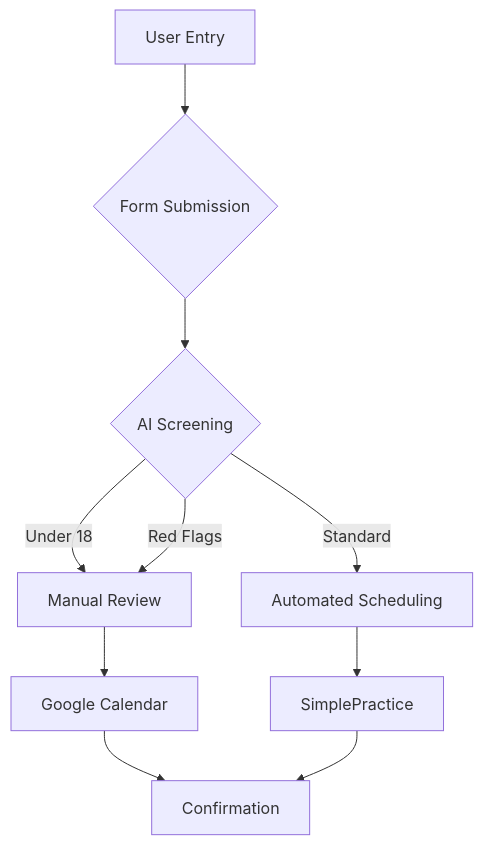
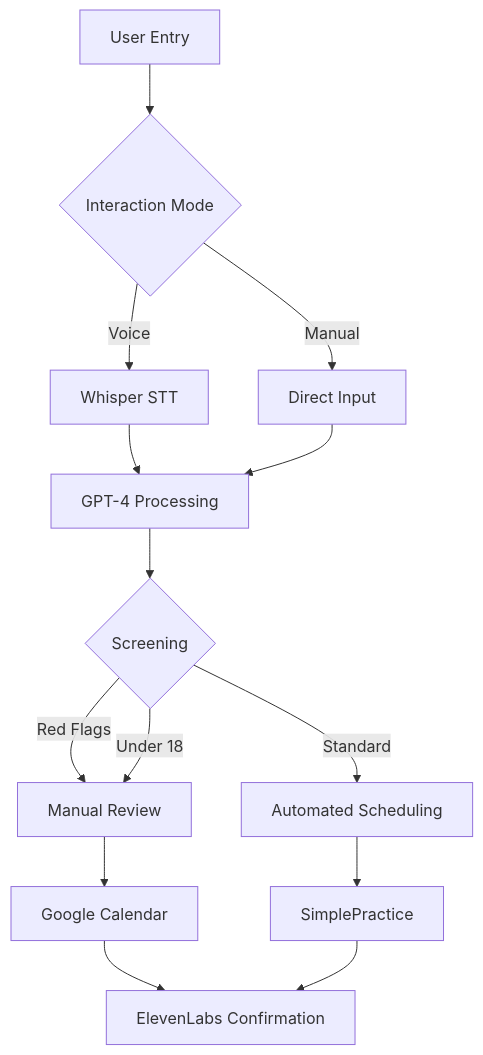
One commit to haloweavedev/Mindwell changed the diagram in userflow.md. Above: the diagram before and after it, drawn with Mermaid. The commit also changed other lines of this file, not shown here.

````diff
--- a/userflow.md
+++ b/userflow.md
@@ -92,12 +111,16 @@
 ```mermaid
 graph TD
-    A[User Entry] --> B{Form Submission}
-    B --> C{AI Screening}
-    C -->|Under 18| D[Manual Review]
-    C -->|Red Flags| D
-    C -->|Standard| E[Automated Scheduling]
-    D --> F[Google Calendar]
-    E --> G[SimplePractice]
-    F --> H[Confirmation]
-    G --> H
+    A[User Entry] --> B{Interaction Mode}
+    B -->|Voice| C[Whisper STT]
+    B -->|Manual| D[Direct Input]
+    C --> E[GPT-4 Processing]
+    D --> E
+    E --> F{Screening}
+    F -->|Red Flags| G[Manual Review]
+    F -->|Under 18| G
+    F -->|Standard| H[Automated Scheduling]
+    G --> I[Google Calendar]
+    H --> J[SimplePractice]
+    I --> K[ElevenLabs Confirmation]
+    J --> K
 ```
````
